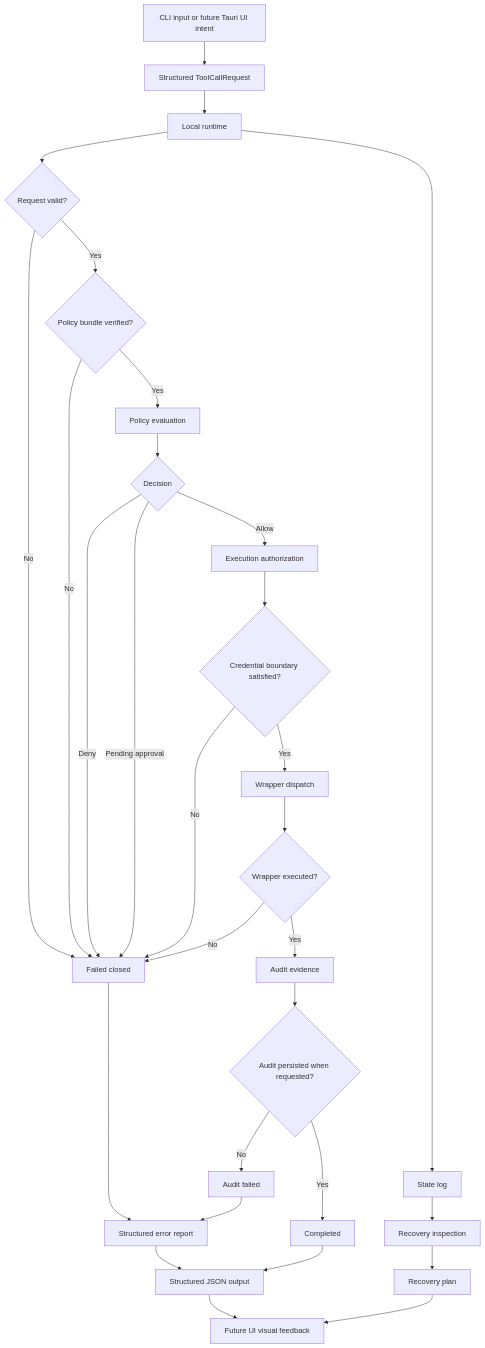
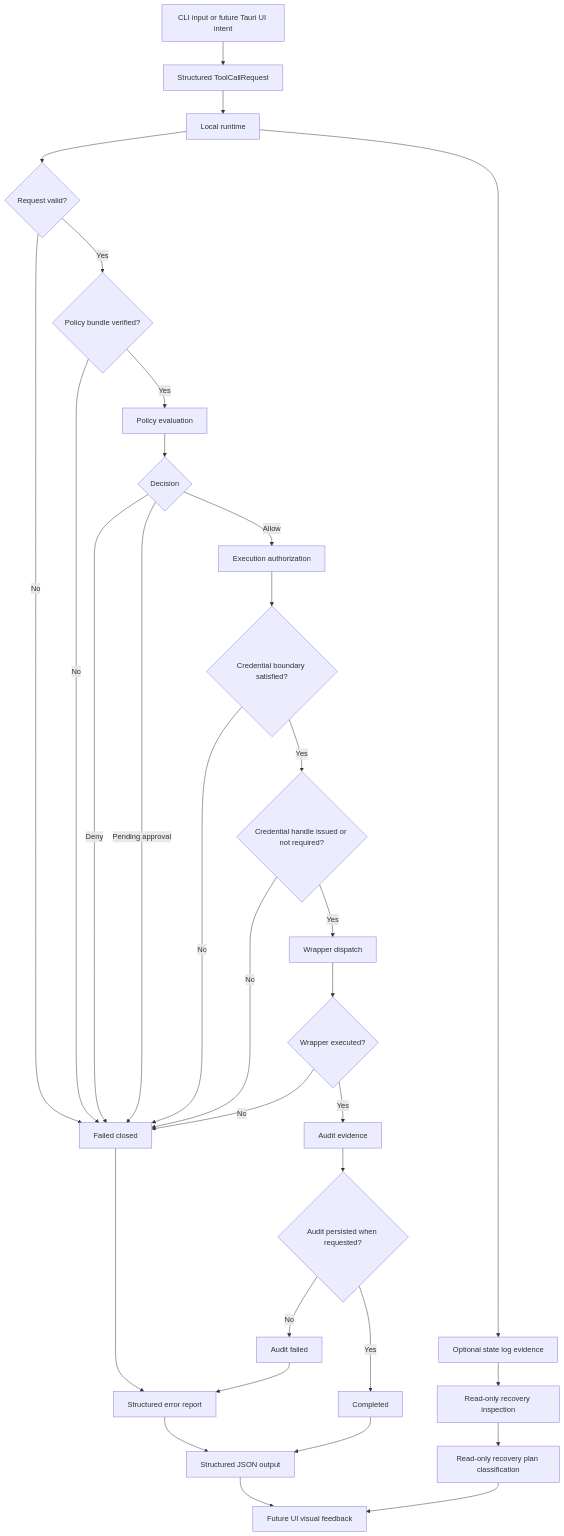
The diagram in docs/wiki/02-execution-flow.md (irgordon/aegis), drawn with Mermaid before and after one commit. The commit also changed other lines of this file and 11 other files, not shown here.

````diff
--- a/docs/wiki/02-execution-flow.md
+++ b/docs/wiki/02-execution-flow.md
@@ -33,32 +35,34 @@
 ```mermaid
 flowchart TD
     A["CLI input or future Tauri UI intent"] --> B["Structured ToolCallRequest"]
     B --> C["Local runtime"]
     C --> D{"Request valid?"}
     D -- "No" --> X["Failed closed"]
     D -- "Yes" --> E{"Policy bundle verified?"}
     E -- "No" --> X
     E -- "Yes" --> F["Policy evaluation"]
     F --> G{"Decision"}
     G -- "Deny" --> X
     G -- "Pending approval" --> X
     G -- "Allow" --> H["Execution authorization"]
     H --> I{"Credential boundary satisfied?"}
     I -- "No" --> X
-    I -- "Yes" --> J["Wrapper dispatch"]
+    I -- "Yes" --> Q{"Credential handle issued or not required?"}
+    Q -- "No" --> X
+    Q -- "Yes" --> J["Wrapper dispatch"]
     J --> K{"Wrapper executed?"}
     K -- "No" --> X
     K -- "Yes" --> L["Audit evidence"]
     L --> M{"Audit persisted when requested?"}
     M -- "No" --> Y["Audit failed"]
     M -- "Yes" --> Z["Completed"]
     X --> S["Structured error report"]
     Y --> S
     Z --> T["Structured JSON output"]
     S --> T
     T --> U["Future UI visual feedback"]
-    V["State log"] --> W["Recovery inspection"]
-    W --> N["Recovery plan"]
+    V["Optional state log evidence"] --> W["Read-only recovery inspection"]
+    W --> N["Read-only recovery plan classification"]
     N --> U
     C --> V
 ```
````
